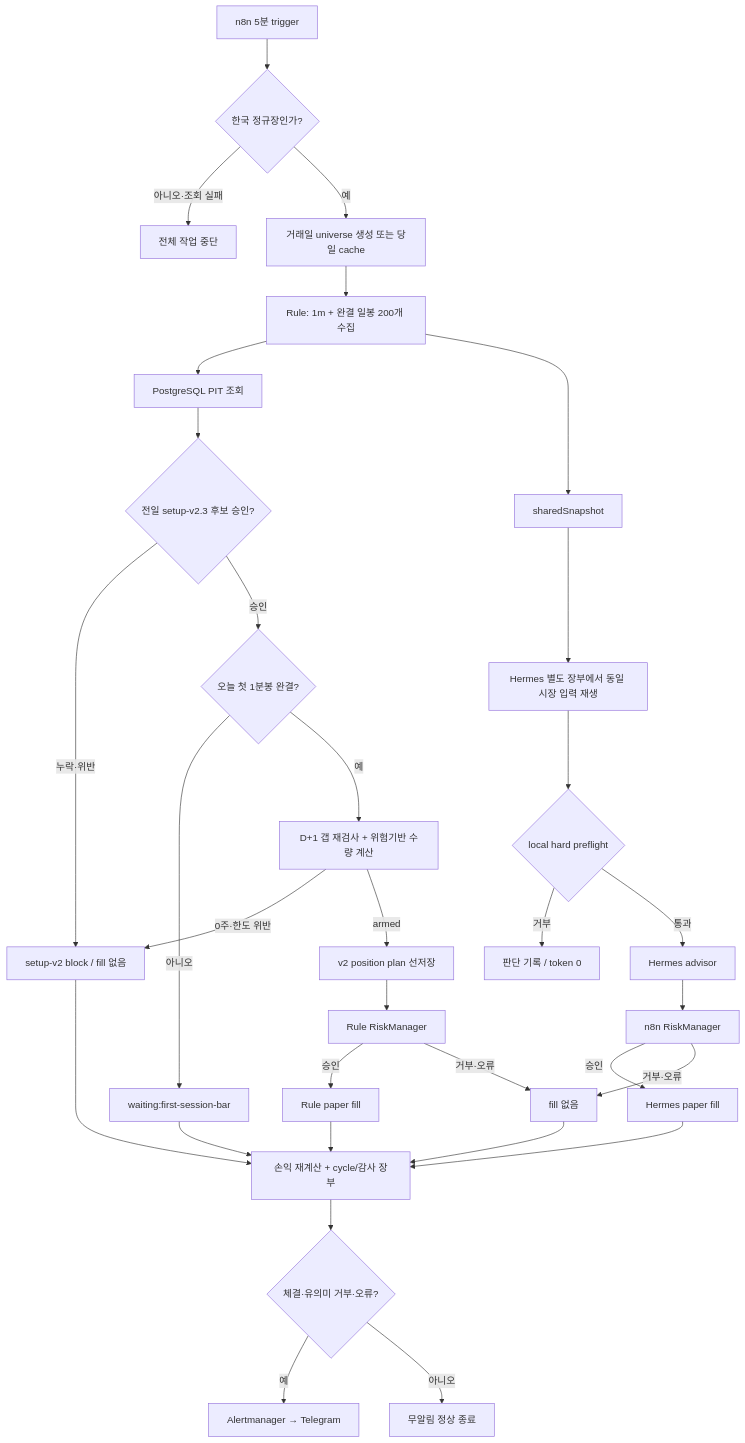
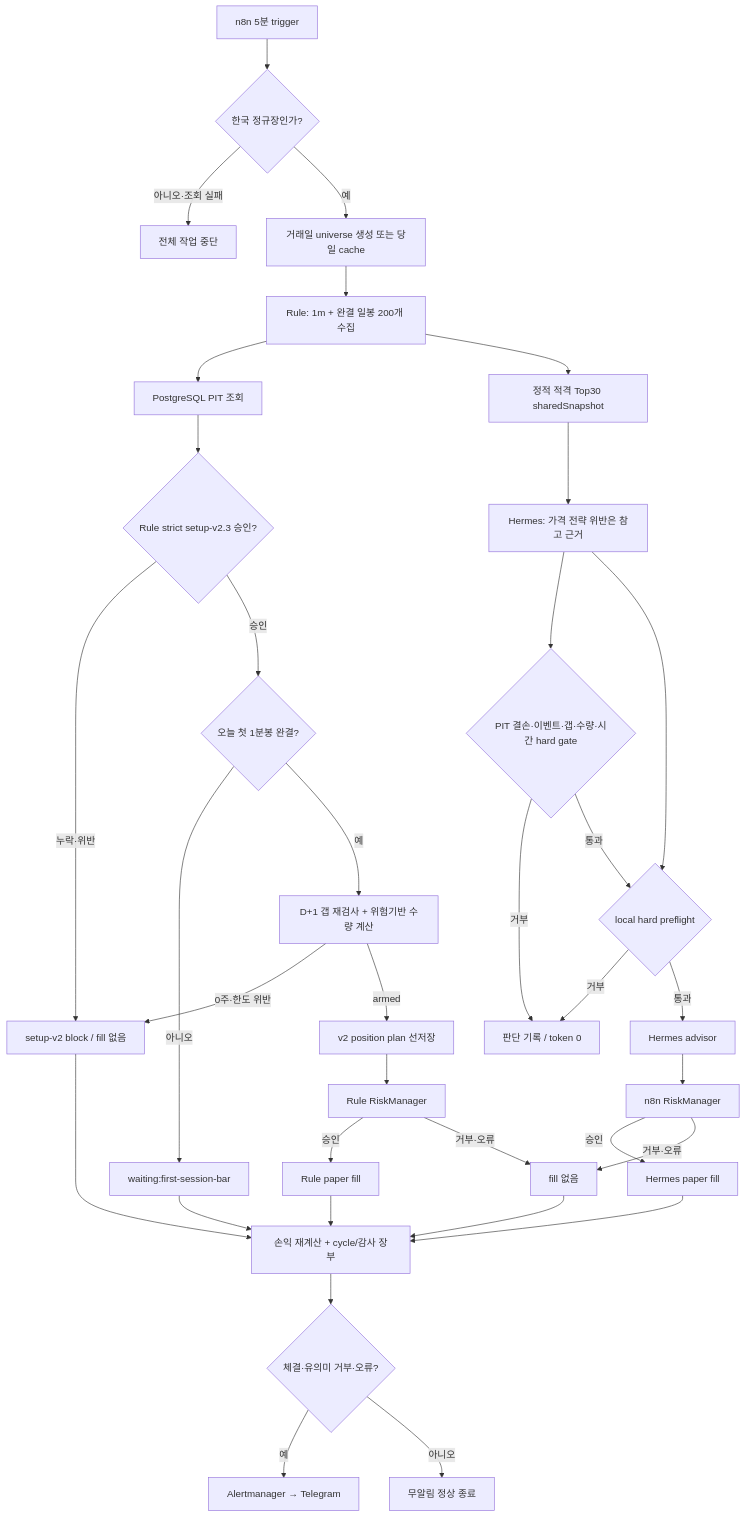
One commit to hunchulchoi/toss-trader changed the diagram in docs/paper-cycle-flow.md. Above: the diagram before and after it, drawn with Mermaid. The commit also changed other lines of this file and 13 other files, not shown here.

First line of the commit message:
feat(hermes): add reference-gate paper strategy

````diff
--- a/docs/paper-cycle-flow.md
+++ b/docs/paper-cycle-flow.md
@@ -21,34 +21,37 @@
 ```mermaid
 flowchart TD
     N[n8n 5분 trigger] --> CAL{한국 정규장인가?}
     CAL -->|아니오·조회 실패| STOP[전체 작업 중단]
     CAL -->|예| U[거래일 universe 생성 또는 당일 cache]
     U --> S[Rule: 1m + 완결 일봉 200개 수집]
     S --> PIT[PostgreSQL PIT 조회]
-    PIT --> C{전일 setup-v2.3 후보 승인?}
+    PIT --> C{Rule strict setup-v2.3 승인?}
     C -->|누락·위반| SKIP[setup-v2 block / fill 없음]
     C -->|승인| BAR{오늘 첫 1분봉 완결?}
     BAR -->|아니오| WAIT[waiting:first-session-bar]
     BAR -->|예| ARM[D+1 갭 재검사 + 위험기반 수량 계산]
     ARM -->|0주·한도 위반| SKIP
     ARM -->|armed| PLAN[v2 position plan 선저장]
     PLAN --> RR[Rule RiskManager]
     RR -->|승인| RF[Rule paper fill]
     RR -->|거부·오류| NF[fill 없음]
-    S --> SHARE[sharedSnapshot]
-    SHARE --> H[Hermes 별도 장부에서 동일 시장 입력 재생]
+    S --> SHARE[정적 적격 Top30 sharedSnapshot]
+    SHARE --> H[Hermes: 가격 전략 위반은 참고 근거]
+    H --> HH{PIT 결손·이벤트·갭·수량·시간 hard gate}
+    HH -->|거부| HD
+    HH -->|통과| PRE
     H --> PRE{local hard preflight}
     PRE -->|거부| HD[판단 기록 / token 0]
     PRE -->|통과| ADV[Hermes advisor]
     ADV --> HR[n8n RiskManager]
     HR -->|승인| HF[Hermes paper fill]
     HR -->|거부·오류| NF
     RF --> LEDGER[손익 재계산 + cycle/감사 장부]
     HF --> LEDGER
     SKIP --> LEDGER
     WAIT --> LEDGER
     NF --> LEDGER
     LEDGER --> NOTICE{체결·유의미 거부·오류?}
     NOTICE -->|예| TG[Alertmanager → Telegram]
     NOTICE -->|아니오| QUIET[무알림 정상 종료]
 ```
````
